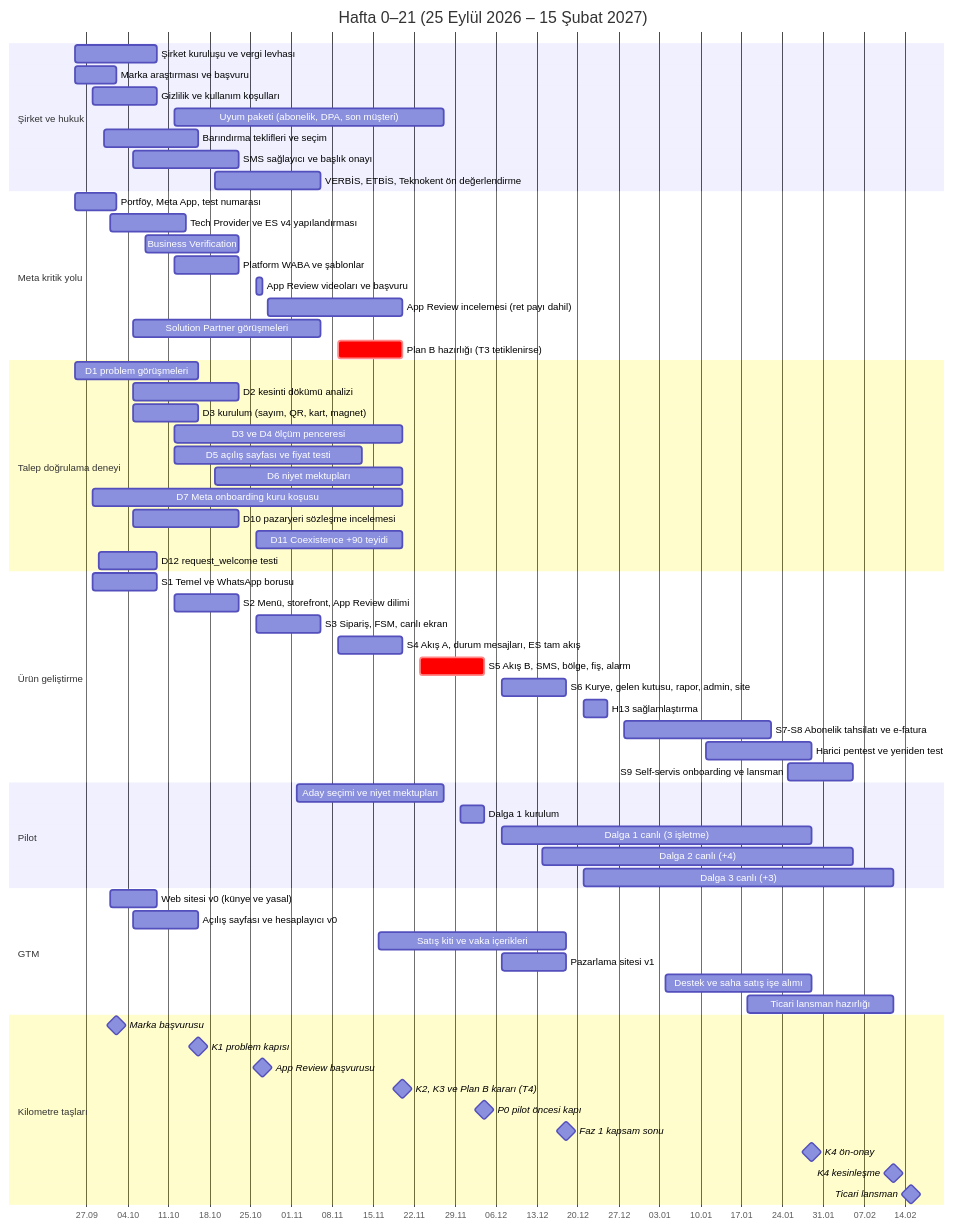
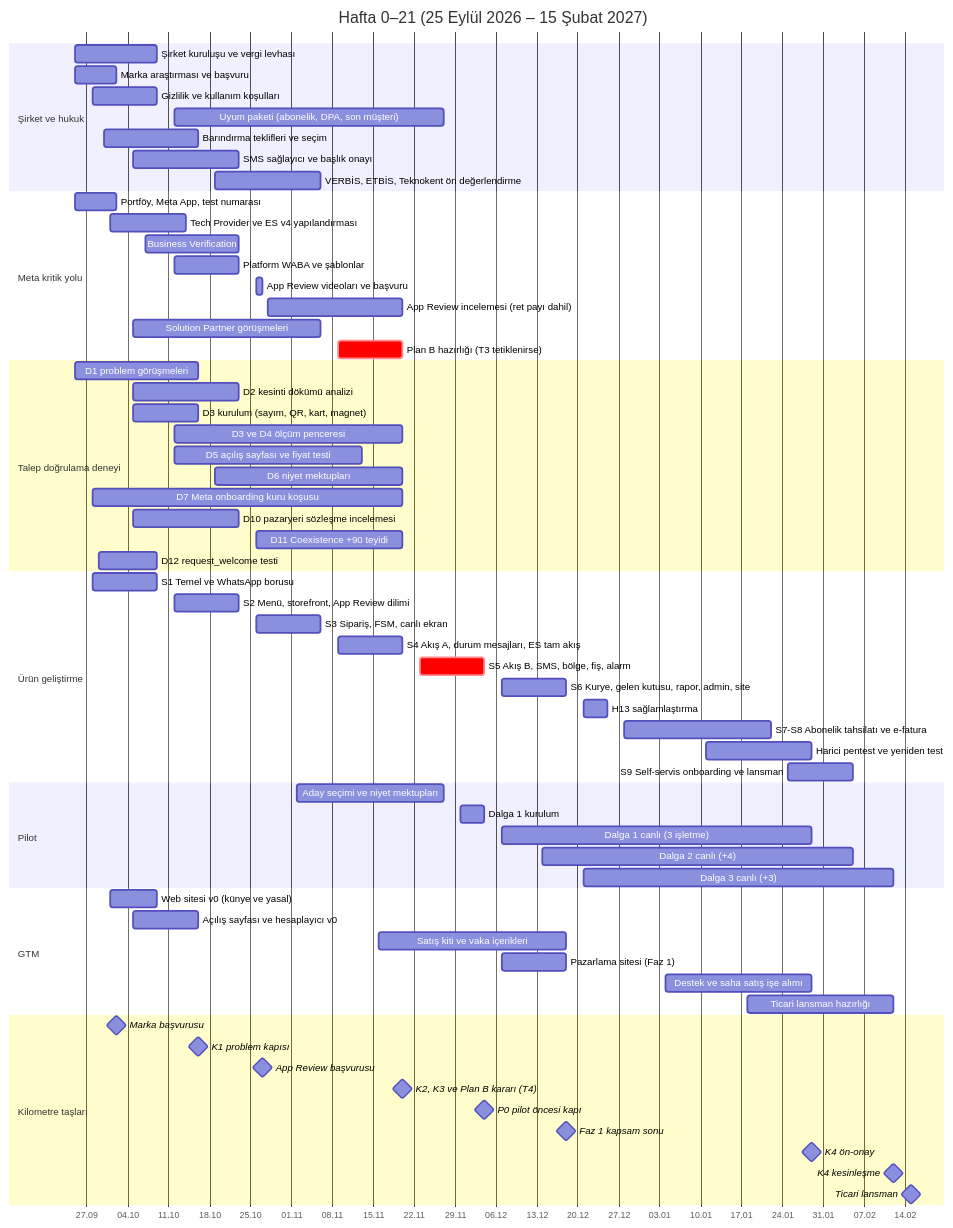
Before and after one commit to eraycaylak/siparisinonunde: the first of 3 diagrams in docs/09-yol-haritasi-ve-sprint-plani.md, drawn with Mermaid. The commit also changed other lines of this file and 8 other files, not shown here.

````diff
--- a/docs/09-yol-haritasi-ve-sprint-plani.md
+++ b/docs/09-yol-haritasi-ve-sprint-plani.md
@@ -62,68 +62,68 @@
 ```mermaid
 gantt
     title Hafta 0–21 (25 Eylül 2026 – 15 Şubat 2027)
     dateFormat YYYY-MM-DD
     axisFormat %d.%m
     section Şirket ve hukuk
     Şirket kuruluşu ve vergi levhası          :hk1, 2026-09-25, 2026-10-09
     Marka araştırması ve başvuru               :hk2, 2026-09-25, 2026-10-02
     Gizlilik ve kullanım koşulları             :hk3, 2026-09-28, 2026-10-09
     Uyum paketi (abonelik, DPA, son müşteri)   :hk5, 2026-10-12, 2026-11-27
     Barındırma teklifleri ve seçim             :hk6, 2026-09-30, 2026-10-16
     SMS sağlayıcı ve başlık onayı              :hk7, 2026-10-05, 2026-10-23
     VERBİS, ETBİS, Teknokent ön değerlendirme  :hk8, 2026-10-19, 2026-11-06
     section Meta kritik yolu
     Portföy, Meta App, test numarası           :m1, 2026-09-25, 2026-10-02
     Tech Provider ve ES v4 yapılandırması      :m2, 2026-10-01, 2026-10-14
     Business Verification                      :m3, 2026-10-07, 2026-10-23
     Platform WABA ve şablonlar                 :m4, 2026-10-12, 2026-10-23
     App Review videoları ve başvuru            :m5, 2026-10-26, 2026-10-27
     App Review incelemesi (ret payı dahil)     :m6, 2026-10-28, 2026-11-20
     Solution Partner görüşmeleri               :m7, 2026-10-05, 2026-11-06
     Plan B hazırlığı (T3 tetiklenirse)         :crit, m8, 2026-11-09, 2026-11-20
     section Talep doğrulama deneyi
     D1 problem görüşmeleri                     :d1, 2026-09-25, 2026-10-16
     D2 kesinti dökümü analizi                  :d2, 2026-10-05, 2026-10-23
     D3 kurulum (sayım, QR, kart, magnet)       :d3a, 2026-10-05, 2026-10-16
     D3 ve D4 ölçüm penceresi                   :d3b, 2026-10-12, 2026-11-20
     D5 açılış sayfası ve fiyat testi           :d5, 2026-10-12, 2026-11-13
     D6 niyet mektupları                        :d6, 2026-10-19, 2026-11-20
     D7 Meta onboarding kuru koşusu             :d7, 2026-09-28, 2026-11-20
     D10 pazaryeri sözleşme incelemesi          :d10, 2026-10-05, 2026-10-23
     D11 Coexistence +90 teyidi                 :d11, 2026-10-26, 2026-11-20
     D12 request_welcome testi                  :d12, 2026-09-29, 2026-10-09
     section Ürün geliştirme
     S1 Temel ve WhatsApp borusu                :s1, 2026-09-28, 2026-10-09
     S2 Menü, storefront, App Review dilimi     :s2, 2026-10-12, 2026-10-23
     S3 Sipariş, FSM, canlı ekran               :s3, 2026-10-26, 2026-11-06
     S4 Akış A, durum mesajları, ES tam akış    :s4, 2026-11-09, 2026-11-20
     S5 Akış B, SMS, bölge, fiş, alarm          :crit, s5, 2026-11-23, 2026-12-04
     S6 Kurye, gelen kutusu, rapor, admin, site :s6, 2026-12-07, 2026-12-18
     H13 sağlamlaştırma                         :s6b, 2026-12-21, 2026-12-25
     S7-S8 Abonelik tahsilatı ve e-fatura       :s7, 2026-12-28, 2027-01-22
     Harici pentest ve yeniden test             :s8, 2027-01-11, 2027-01-29
     S9 Self-servis onboarding ve lansman       :s9, 2027-01-25, 2027-02-05
     section Pilot
     Aday seçimi ve niyet mektupları            :p1, 2026-11-02, 2026-11-27
     Dalga 1 kurulum                            :p2, 2026-11-30, 2026-12-04
     Dalga 1 canlı (3 işletme)                  :p3, 2026-12-07, 2027-01-29
     Dalga 2 canlı (+4)                         :p4, 2026-12-14, 2027-02-05
     Dalga 3 canlı (+3)                         :p5, 2026-12-21, 2027-02-12
     section GTM
     Web sitesi v0 (künye ve yasal)             :g1, 2026-10-01, 2026-10-09
     Açılış sayfası ve hesaplayıcı v0           :g2, 2026-10-05, 2026-10-16
     Satış kiti ve vaka içerikleri              :g3, 2026-11-16, 2026-12-18
-    Pazarlama sitesi v1                        :g4, 2026-12-07, 2026-12-18
+    Pazarlama sitesi (Faz 1)                   :g4, 2026-12-07, 2026-12-18
     Destek ve saha satış işe alımı             :g5, 2027-01-04, 2027-01-29
     Ticari lansman hazırlığı                   :g6, 2027-01-18, 2027-02-12
     section Kilometre taşları
     Marka başvurusu                            :milestone, k0, 2026-10-02, 0d
     K1 problem kapısı                          :milestone, k1, 2026-10-16, 0d
     App Review başvurusu                       :milestone, k1b, 2026-10-27, 0d
     K2, K3 ve Plan B kararı (T4)               :milestone, k2, 2026-11-20, 0d
     P0 pilot öncesi kapı                       :milestone, k3, 2026-12-04, 0d
     Faz 1 kapsam sonu                          :milestone, k4, 2026-12-18, 0d
     K4 ön-onay                                 :milestone, k5, 2027-01-29, 0d
     K4 kesinleşme                              :milestone, k5b, 2027-02-12, 0d
     Ticari lansman                             :milestone, k6, 2027-02-15, 0d
 ```
````
